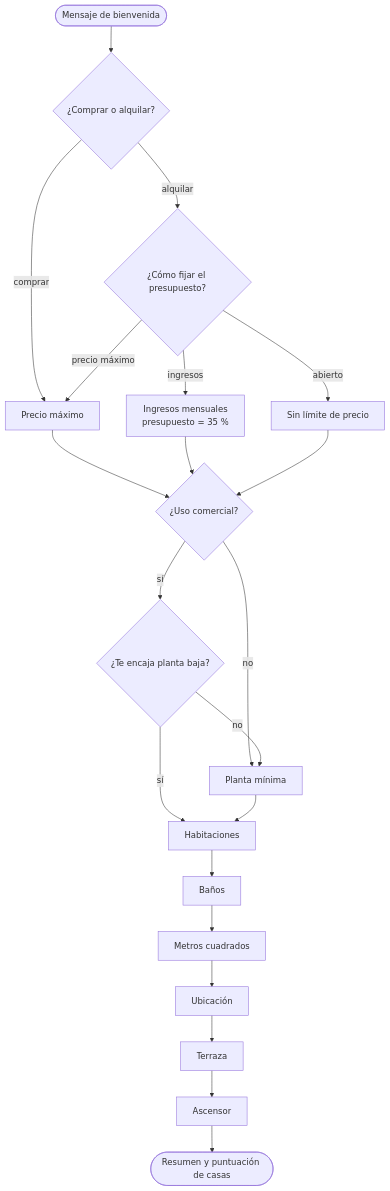
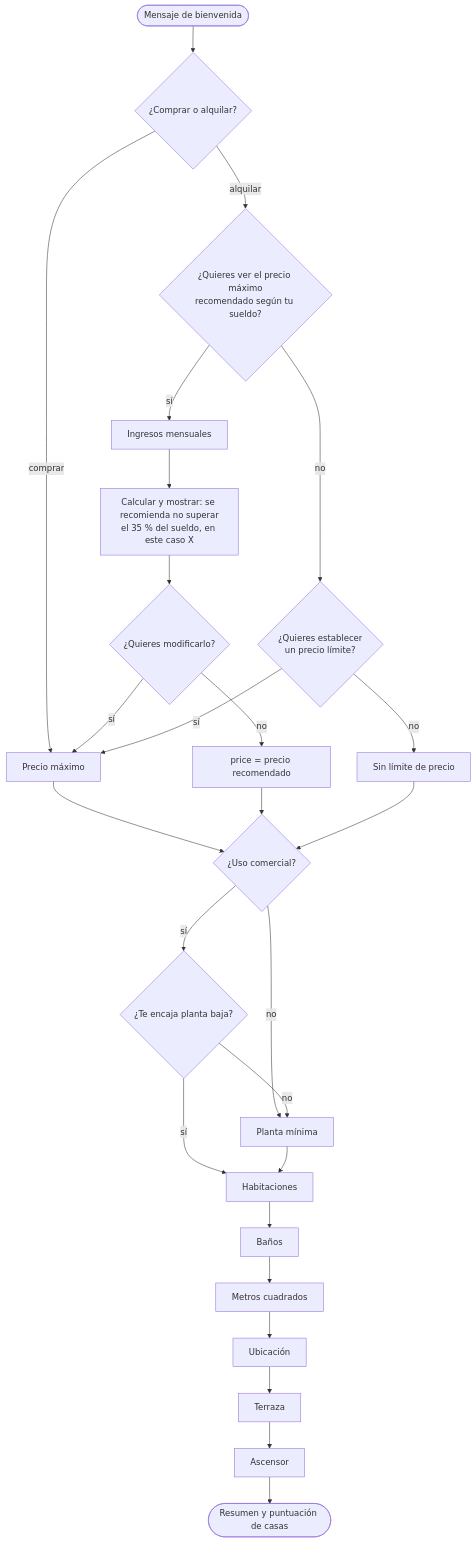
The first of 3 diagrams in flujo_dialogo_chatbot.md (natXORnut/P1-SistemasBasadosEnReglas-TVD), drawn with Mermaid before and after one commit. The commit also changed other lines of this file and 1 other file, not shown here.

First line of the commit message:
Refactor chatbot dialogue flow for rental budget handling and improve user interaction

````diff
--- a/flujo_dialogo_chatbot.md
+++ b/flujo_dialogo_chatbot.md
@@ -16,24 +17,29 @@
 ```mermaid
 flowchart TD
     A(["Mensaje de bienvenida"]) --> B{"¿Comprar o alquilar?"}
     B -->|comprar| P["Precio máximo"]
-    B -->|alquilar| M{"¿Cómo fijar el presupuesto?"}
-    M -->|precio máximo| P
-    M -->|ingresos| I["Ingresos mensuales<br/>presupuesto = 35 %"]
-    M -->|abierto| O["Sin límite de precio"]
+    B -->|alquilar| V{"¿Quieres ver el precio máximo<br/>recomendado según tu sueldo?"}
+    V -->|sí| I["Ingresos mensuales"]
+    I --> RC["Calcular y mostrar: se recomienda no superar<br/>el 35 % del sueldo, en este caso X"]
+    RC --> MOD{"¿Quieres modificarlo?"}
+    MOD -->|no| AC["price = precio recomendado"]
+    MOD -->|sí| P
+    V -->|no| LIM{"¿Quieres establecer<br/>un precio límite?"}
+    LIM -->|sí| P
+    LIM -->|no| O["Sin límite de precio"]
     P --> C
-    I --> C
+    AC --> C
     O --> C
     C{"¿Uso comercial?"}
     C -->|no| F
     C -->|sí| CF{"¿Te encaja planta baja?"}
     CF -->|sí| H
     CF -->|no| F
     F["Planta mínima"] --> H
     H["Habitaciones"] --> W["Baños"]
     W --> S["Metros cuadrados"]
     S --> L["Ubicación"]
     L --> T["Terraza"]
     T --> E["Ascensor"]
     E --> R(["Resumen y puntuación de casas"])
 ```
````
